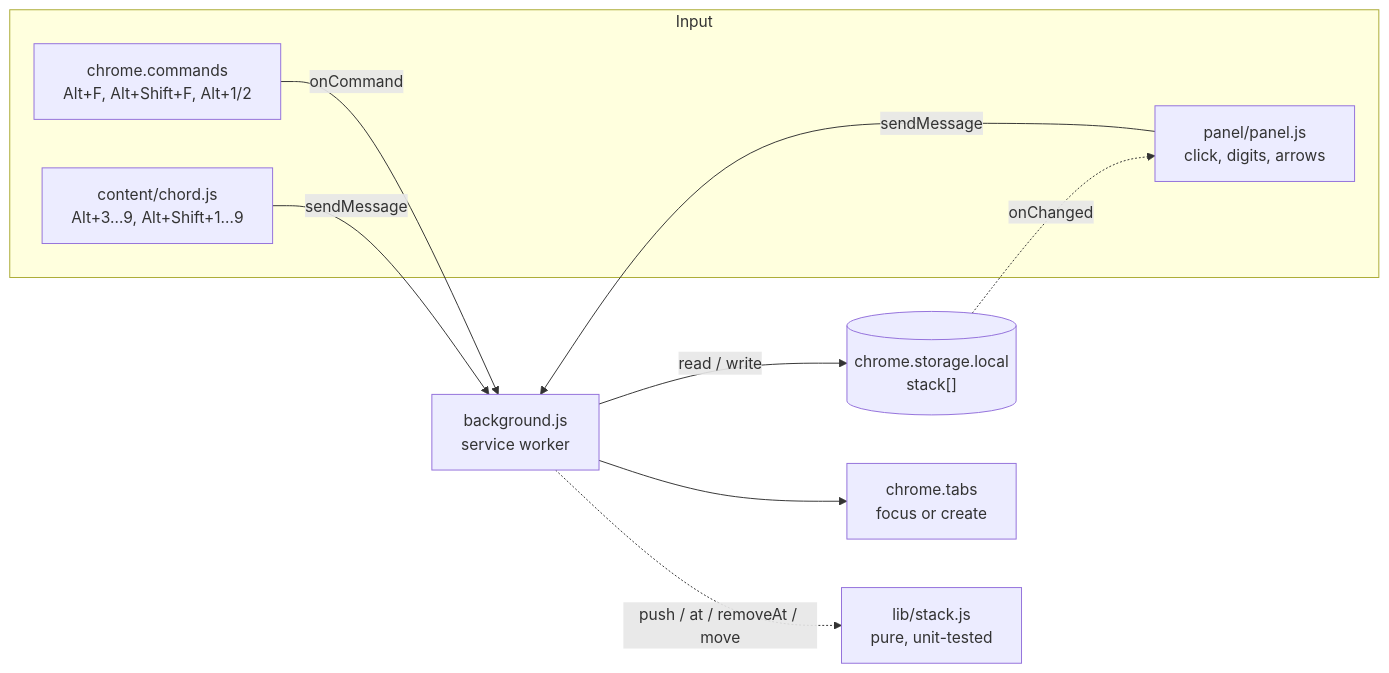
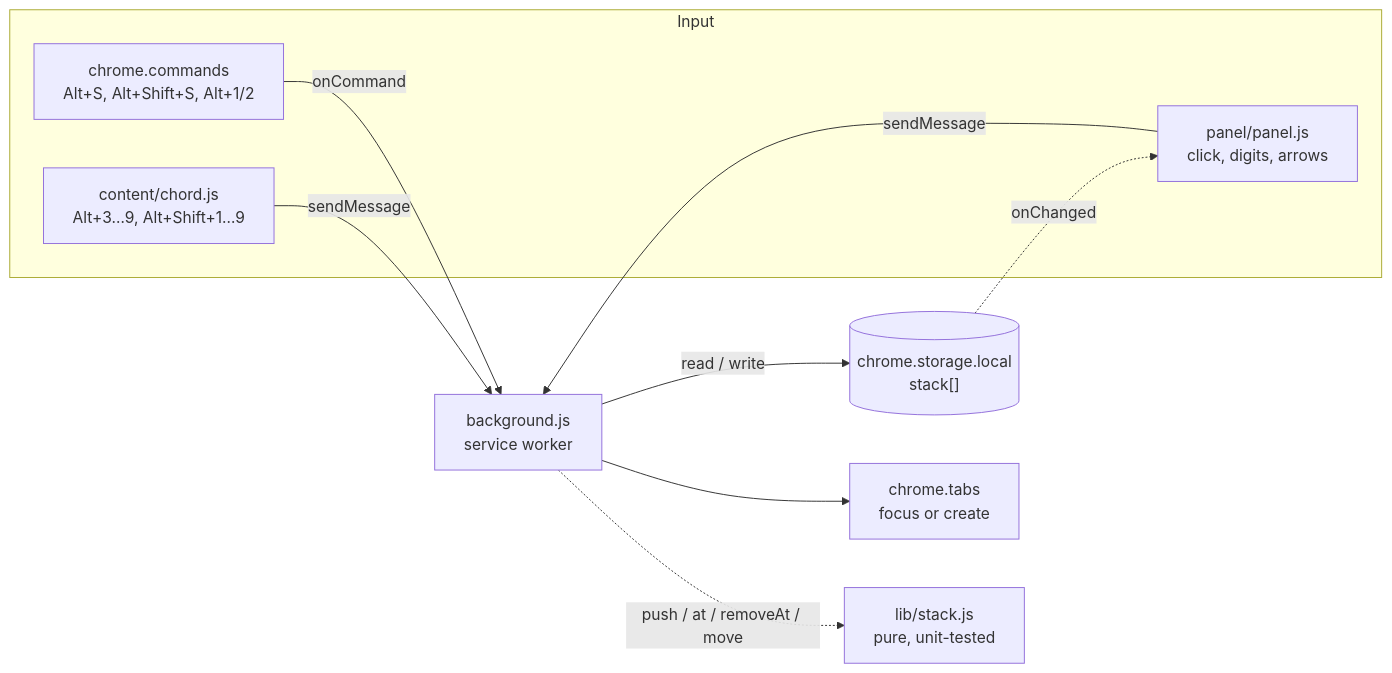
The second of 3 diagrams in README.md (demian-overflow/tabstack), drawn with Mermaid before and after one commit. The commit also changed other lines of this file and 4 other files, not shown here.

````diff
--- a/README.md
+++ b/README.md
@@ -63,22 +96,22 @@
 ```mermaid
 flowchart LR
     subgraph Input
-        CMD["chrome.commands<br/>Alt+F, Alt+Shift+F, Alt+1/2"]
+        CMD["chrome.commands<br/>Alt+S, Alt+Shift+S, Alt+1/2"]
         CS["content/chord.js<br/>Alt+3…9, Alt+Shift+1…9"]
         UI["panel/panel.js<br/>click, digits, arrows"]
     end
 
     SW["background.js<br/>service worker"]
     ST[("chrome.storage.local<br/>stack[]")]
     TABS["chrome.tabs<br/>focus or create"]
 
     CMD -->|onCommand| SW
     CS -->|sendMessage| SW
     UI -->|sendMessage| SW
     SW -->|read / write| ST
     SW --> TABS
     ST -.->|onChanged| UI
 
     LIB["lib/stack.js<br/>pure, unit-tested"]
     SW -.->|push / at / removeAt / move| LIB
 ```
````
